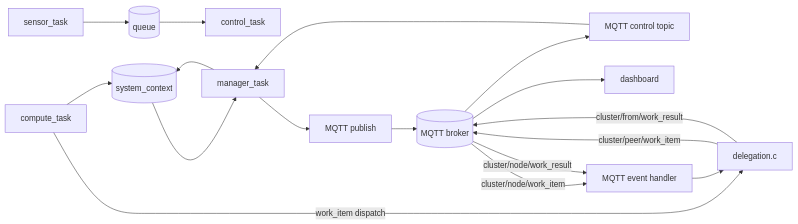
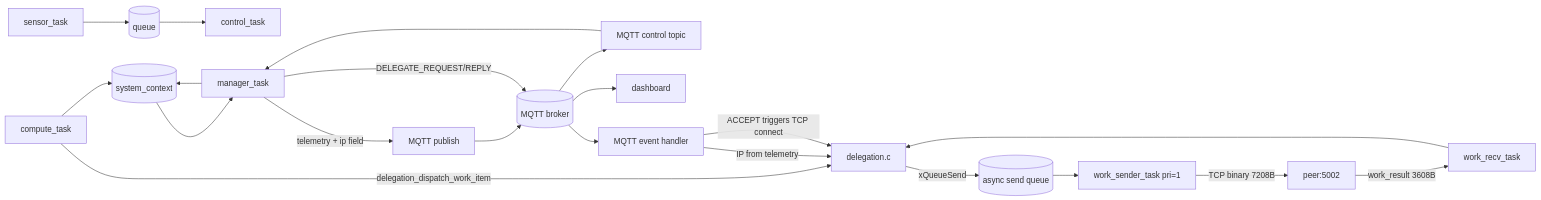
The second of 3 diagrams in docs/firmware-architecture.md (anaadimishra/distributed_rtos), drawn with Mermaid before and after one commit. The commit also changed other lines of this file and 160 other files, not shown here.

````diff
--- a/docs/firmware-architecture.md
+++ b/docs/firmware-architecture.md
@@ -32,24 +38,29 @@
 ```mermaid
 graph LR
   sensor_task[sensor_task] --> q[(queue)]
   q --> control_task[control_task]
 
   compute_task[compute_task] --> ctx[(system_context)]
   manager_task[manager_task] --> ctx
   ctx --> manager_task
 
-  manager_task --> mqtt_pub[MQTT publish]
+  manager_task -->|telemetry + ip field| mqtt_pub[MQTT publish]
   mqtt_pub --> broker[(MQTT broker)]
 
   broker --> mqtt_ctrl[MQTT control topic]
   mqtt_ctrl --> manager_task
 
   broker --> dashboard[dashboard]
 
-  compute_task -->|work_item dispatch| delegation_c[delegation.c]
-  delegation_c -->|cluster/peer/work_item| broker
-  broker -->|cluster/node/work_item| mqtt_ev[MQTT event handler]
-  mqtt_ev --> delegation_c
-  delegation_c -->|cluster/from/work_result| broker
-  broker -->|cluster/node/work_result| mqtt_ev
+  compute_task -->|delegation_dispatch_work_item| delegation_c[delegation.c]
+  delegation_c -->|xQueueSend| send_queue[(async send queue)]
+  send_queue --> work_sender_task[work_sender_task pri=1]
+  work_sender_task -->|TCP binary 7208B| peer_tcp[peer:5002]
+  peer_tcp -->|work_result 3608B| work_recv_task[work_recv_task]
+  work_recv_task --> delegation_c
+
+  manager_task -->|DELEGATE_REQUEST/REPLY| broker
+  broker --> mqtt_ev[MQTT event handler]
+  mqtt_ev -->|IP from telemetry| delegation_c
+  mqtt_ev -->|ACCEPT triggers TCP connect| delegation_c
 ```
````
